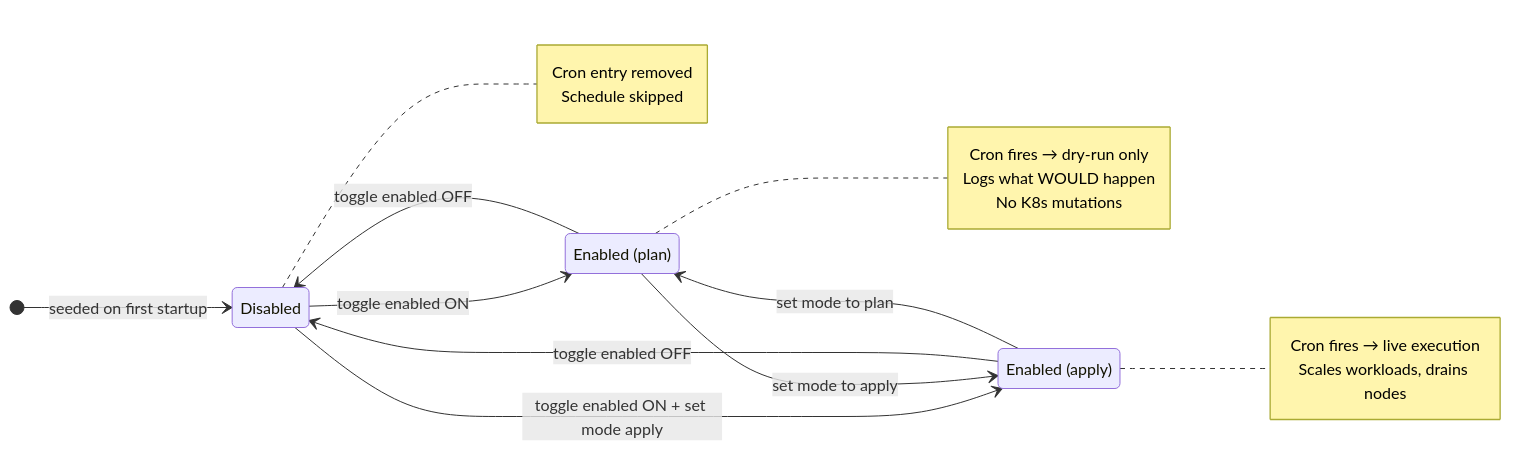
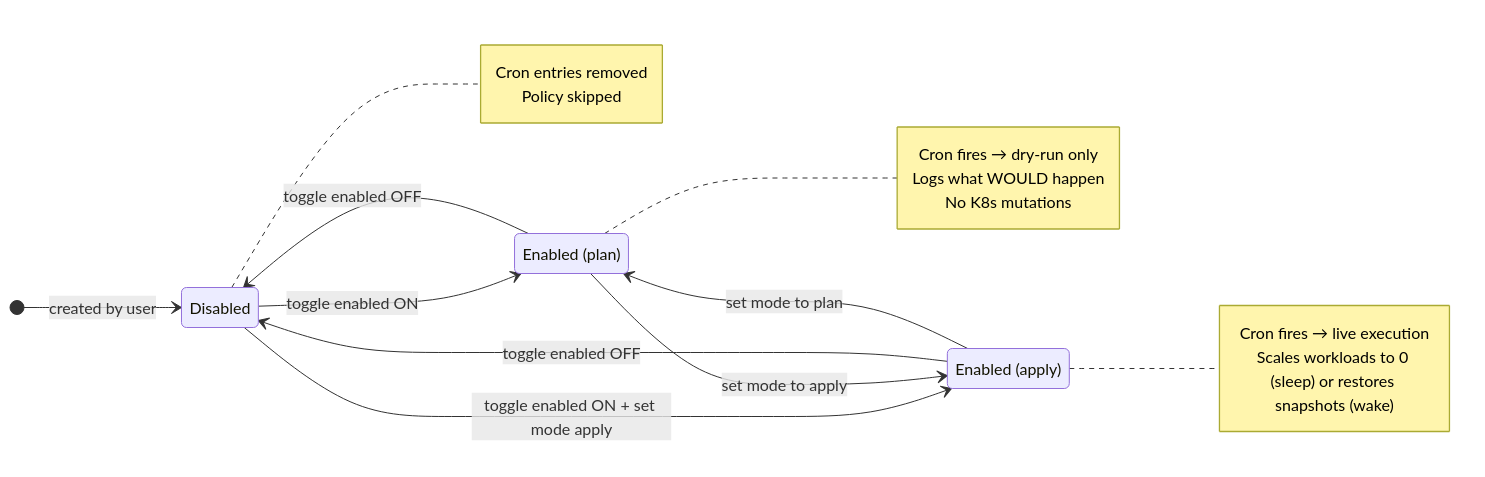
The ninth of 9 diagrams in ARCHITECTURE.md (MacXsimilian/kube-phoenix), drawn with Mermaid before and after one commit. The commit also changed other lines of this file and 6 other files, not shown here.

````diff
--- a/ARCHITECTURE.md
+++ b/ARCHITECTURE.md
@@ -2435,34 +2105,34 @@
 ```mermaid
 stateDiagram-v2
     direction LR
 
     state "Disabled" as dis
     state "Enabled (plan)" as plan
     state "Enabled (apply)" as apply
 
-    [*] --> dis : seeded on first startup
+    [*] --> dis : created by user
 
     dis --> plan : toggle enabled ON
     dis --> apply : toggle enabled ON + set mode apply
     plan --> dis : toggle enabled OFF
     apply --> dis : toggle enabled OFF
 
     plan --> apply : set mode to apply
     apply --> plan : set mode to plan
 
     note right of plan
         Cron fires → dry-run only
         Logs what WOULD happen
         No K8s mutations
     end note
 
     note right of apply
         Cron fires → live execution
-        Scales workloads, drains nodes
+        Scales workloads to 0 (sleep) or restores snapshots (wake)
     end note
 
     note right of dis
-        Cron entry removed
-        Schedule skipped
+        Cron entries removed
+        Policy skipped
     end note
 ```
````
